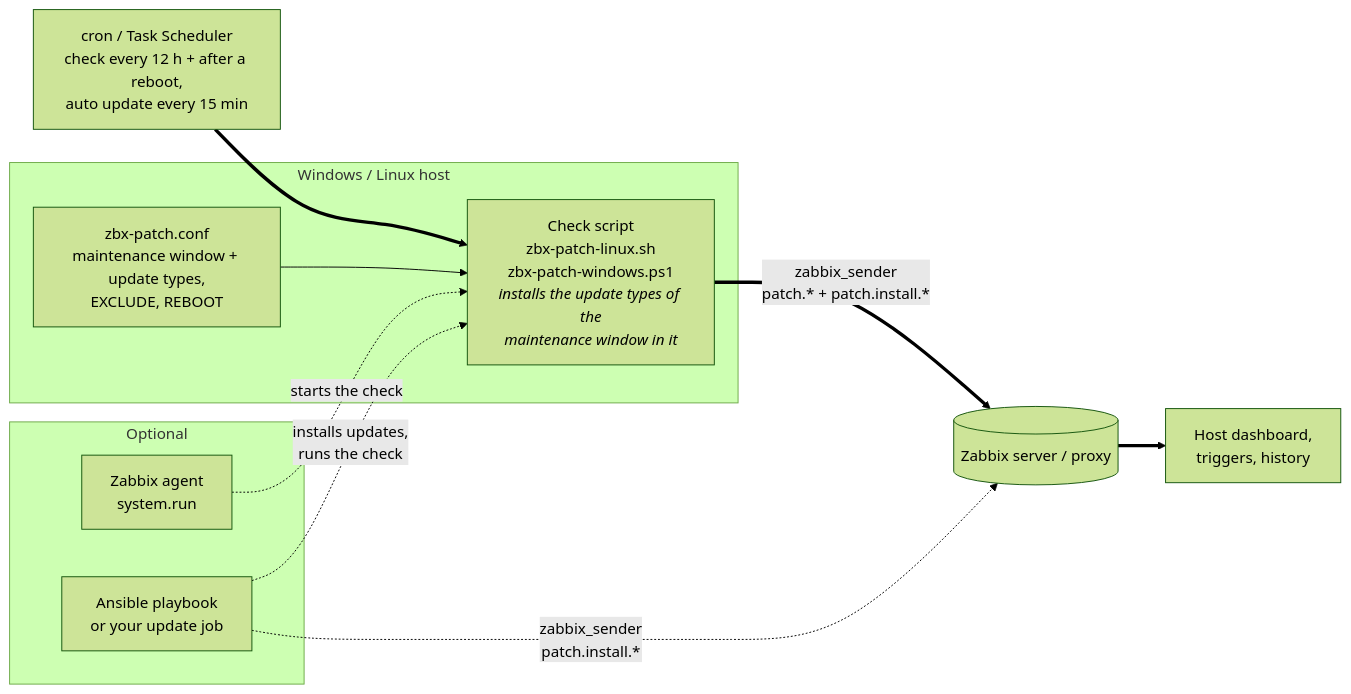
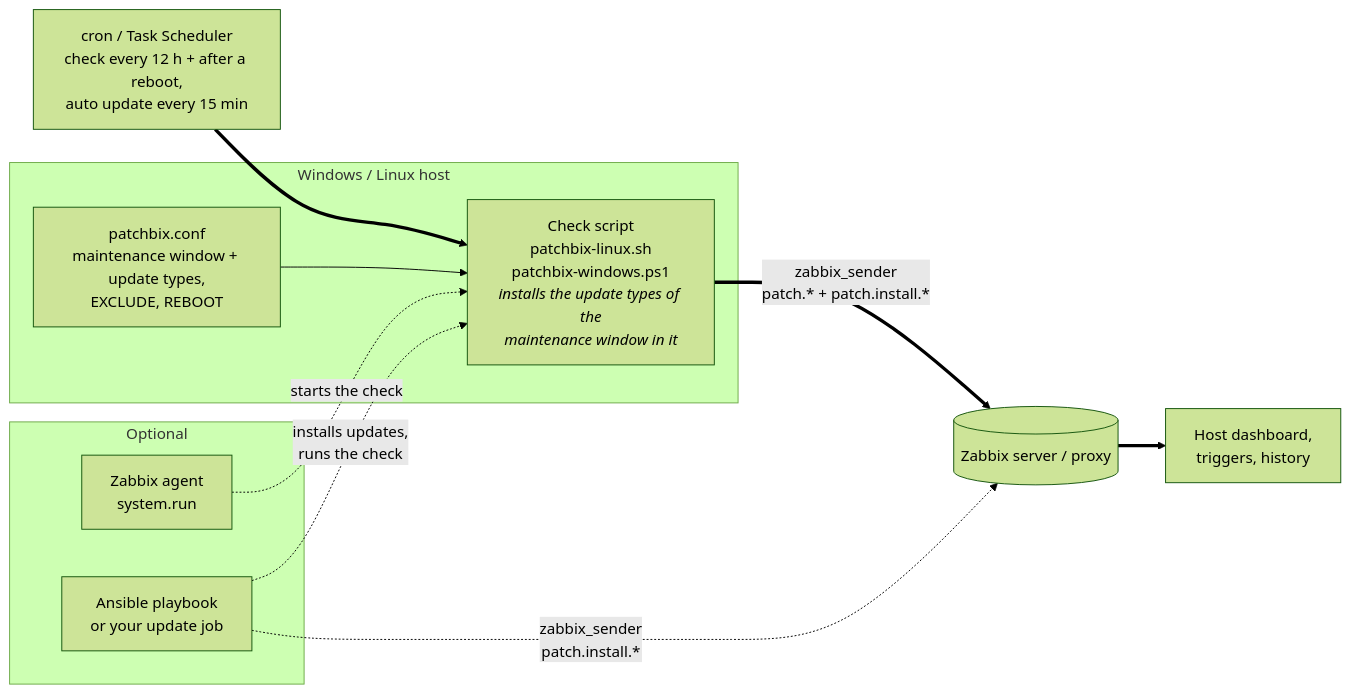
Before and after one commit to DuprTECH/PatchBix-Zabbix-Patch-Management-Windows-Linux: the diagram in README.md, drawn with Mermaid (forest theme). The commit also changed other lines of this file and 9 other files, not shown here.

Commit message:
PatchBix: Zabbix patch management renamed to PatchBix - template, check scripts (patchbix-linux.sh / patchbix-windows.ps1), patchbix.conf, setup scripts, cron / scheduled tasks; older installs (zbx-patch-*) are migrated by the setup / playbooks

````diff
--- a/README.md
+++ b/README.md
@@ -31,21 +33,21 @@
 ```mermaid
 flowchart LR
     S["cron / Task Scheduler<br/>check every 12 h + after a reboot,<br/>auto update every 15 min"]
     subgraph Host["Windows / Linux host"]
-        CF["zbx-patch.conf<br/>maintenance window + update types,<br/>EXCLUDE, REBOOT"]
-        C["Check script<br/>zbx-patch-linux.sh<br/>zbx-patch-windows.ps1<br/><i>installs the update types of the<br/>maintenance window in it</i>"]
+        CF["patchbix.conf<br/>maintenance window + update types,<br/>EXCLUDE, REBOOT"]
+        C["Check script<br/>patchbix-linux.sh<br/>patchbix-windows.ps1<br/><i>installs the update types of the<br/>maintenance window in it</i>"]
     end
     Z[("Zabbix server / proxy")]
     D["Host dashboard,<br/>triggers, history"]
     S ==> C
     CF --> C
     C ==>|"zabbix_sender<br/>patch.* + patch.install.*"| Z
     Z ==> D
     subgraph Opt["Optional"]
         A["Zabbix agent<br/>system.run"]
         AN["Ansible playbook<br/>or your update job"]
     end
     A -.->|starts the check| C
     AN -.->|"installs updates,<br/>runs the check"| C
     AN -.->|"zabbix_sender<br/>patch.install.*"| Z
 ```
````
